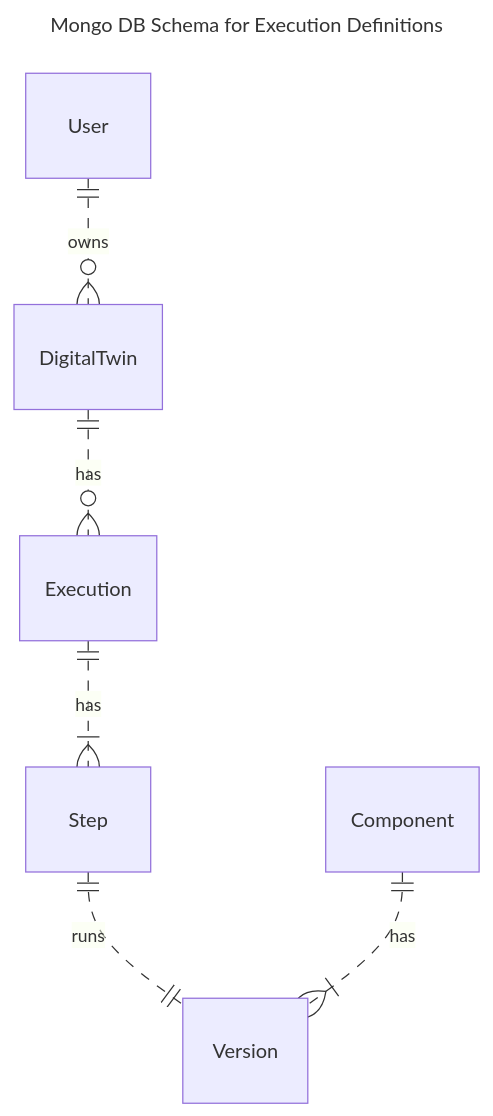
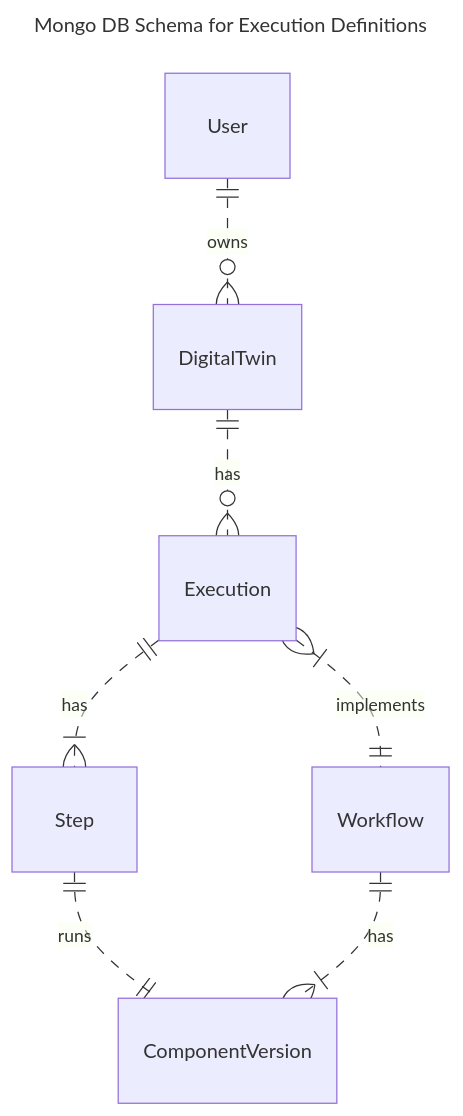
One commit to odtp-org/odtp-manuals changed the second of 3 diagrams in docs/orchestrator/schema.md. Above: the diagram before and after it, drawn with Mermaid. The commit also changed other lines of this file and 106 other files, not shown here.

````diff
--- a/docs/orchestrator/schema.md
+++ b/docs/orchestrator/schema.md
@@ -36,11 +38,12 @@
 ```mermaid
 ---
 title: Mongo DB Schema for Execution Definitions
 ---
 erDiagram
     User ||..o{ DigitalTwin : owns
     DigitalTwin ||..o{ Execution : has
+    Execution }|..|| Workflow : implements
     Execution ||..|{ Step : has
-    Step ||..|| Version : runs
-    Component ||..|{ Version : has
-``` 
+    Step ||..|| ComponentVersion : runs
+    Workflow ||..|{ ComponentVersion : has
+```
````
